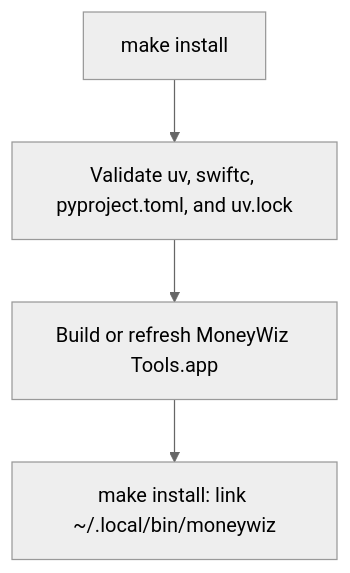
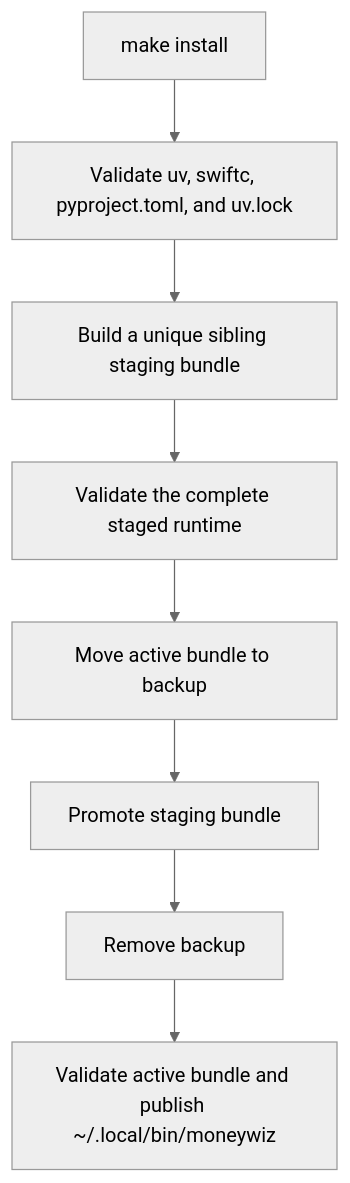
Before and after one commit to marcomc/moneywiz-tools: the diagram in doc/BUNDLE-INSTALLATION.md, drawn with Mermaid (neutral theme). The commit also changed other lines of this file and 13 other files, not shown here.

````diff
--- a/doc/BUNDLE-INSTALLATION.md
+++ b/doc/BUNDLE-INSTALLATION.md
@@ -14,8 +14,12 @@
 ```mermaid
 flowchart TD
     accTitle: MoneyWiz Tools installation workflow
-    accDescr: Installation validates build dependencies and refreshes the app bundle before installing the product command symlink.
+    accDescr: Installation builds and validates a staging bundle, atomically promotes it with rollback, and then publishes the product command symlink.
     A["make install"] --> B["Validate uv, swiftc, pyproject.toml, and uv.lock"]
-    B --> C["Build or refresh MoneyWiz Tools.app"]
-    C --> D["make install: link ~/.local/bin/moneywiz"]
+    B --> C["Build a unique sibling staging bundle"]
+    C --> D["Validate the complete staged runtime"]
+    D --> E["Move active bundle to backup"]
+    E --> F["Promote staging bundle"]
+    F --> G["Remove backup"]
+    G --> H["Validate active bundle and publish ~/.local/bin/moneywiz"]
 ```
````
